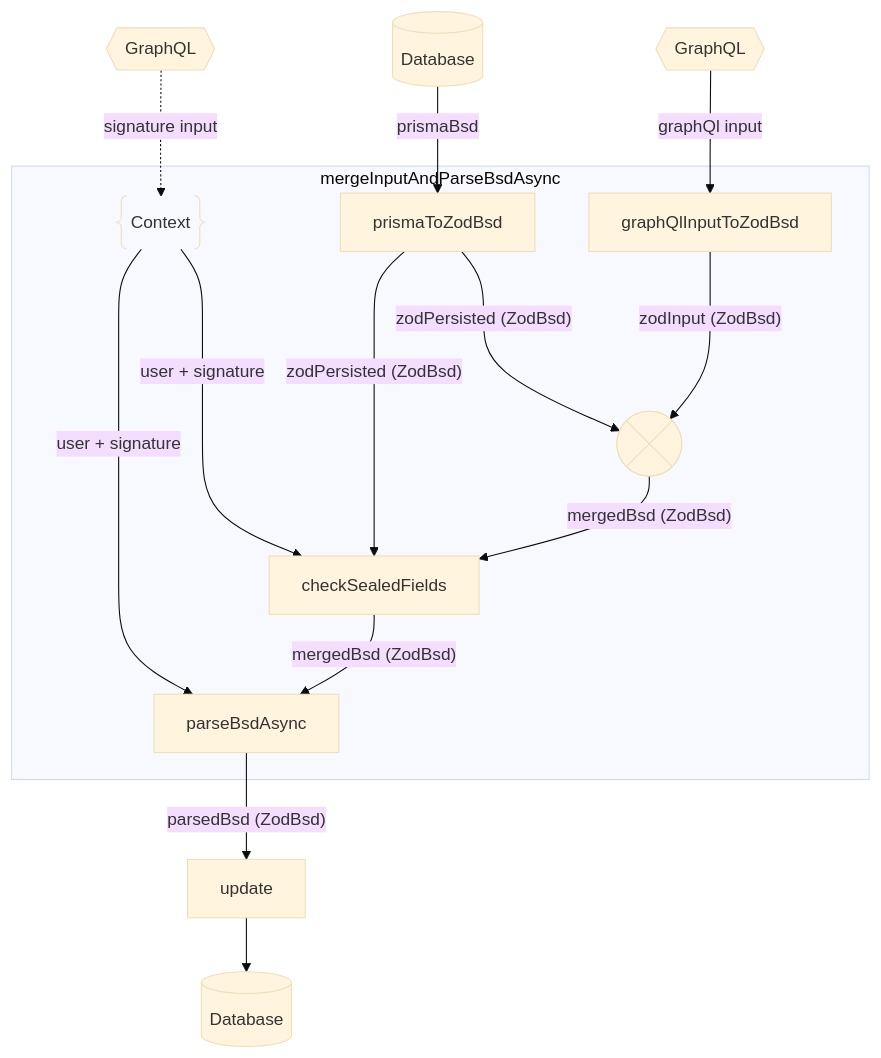
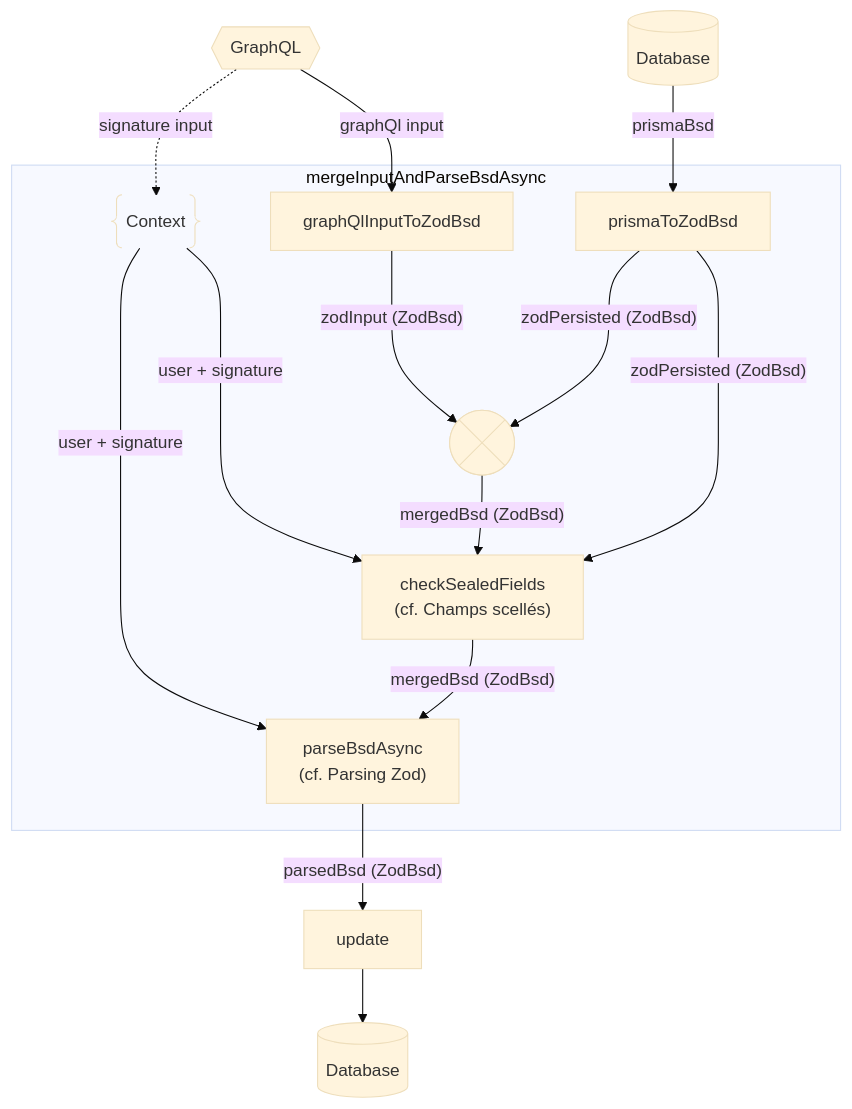
Before and after one commit to MTES-MCT/trackdechets: the first of 2 diagrams in docs/ZodValidation.md, drawn with Mermaid (base theme). The commit also changed other lines of this file, not shown here.

Commit message:
docs(Zod): continue docs

````diff
--- a/docs/ZodValidation.md
+++ b/docs/ZodValidation.md
@@ -7,25 +15,24 @@
 ```mermaid
 flowchart TD
   subgraph mergeInputAndParseBsvhuAsync["mergeInputAndParseBsdAsync"]
         prismaToZodBsd["prismaToZodBsd"]
         graphQlInputToZodBsd["graphQlInputToZodBsd"]
         mergedBsd@{shape: cross-circ}
-        checkSealedFields["checkSealedFields"]
-        parseBsdAsync["parseBsdAsync"]
+        checkSealedFields["checkSealedFields<br>(cf. Champs scellés)"]
+        parseBsdAsync["parseBsdAsync<br>(cf. Parsing Zod)"]
         context@{ shape: braces, label: "Context" }
   end
-    graphQl@{shape: hex, label: GraphQL} -.->|signature input| context
+  mergedBsd -->|"mergedBsd (ZodBsd)"| checkSealedFields
+  graphQl@{shape: hex, label: GraphQL} -.->|signature input| context
+  context ----->|user + signature| parseBsdAsync
   context ---->|user + signature| checkSealedFields
-  context ----->|user + signature| parseBsdAsync
   db1[(Database)] -->|prismaBsd| prismaToZodBsd
-  graphQl2@{shape: hex, label: GraphQL} -->|graphQl input| graphQlInputToZodBsd
+  graphQl -->|graphQl input| graphQlInputToZodBsd
   prismaToZodBsd -->|"zodPersisted (ZodBsd)"| mergedBsd
   prismaToZodBsd ---->|"zodPersisted (ZodBsd)"| checkSealedFields
   graphQlInputToZodBsd --->|"zodInput (ZodBsd)"| mergedBsd
-  mergedBsd -->|"mergedBsd (ZodBsd)"| checkSealedFields
+
   checkSealedFields -->|"mergedBsd (ZodBsd)"| parseBsdAsync
   parseBsdAsync -->|"parsedBsd (ZodBsd)"| update
   update --> db2[(Database)]
-  click parseBsdAsync ##parsing-zod
-  click checkSealedFields ##champs-scellés
 ```
````
